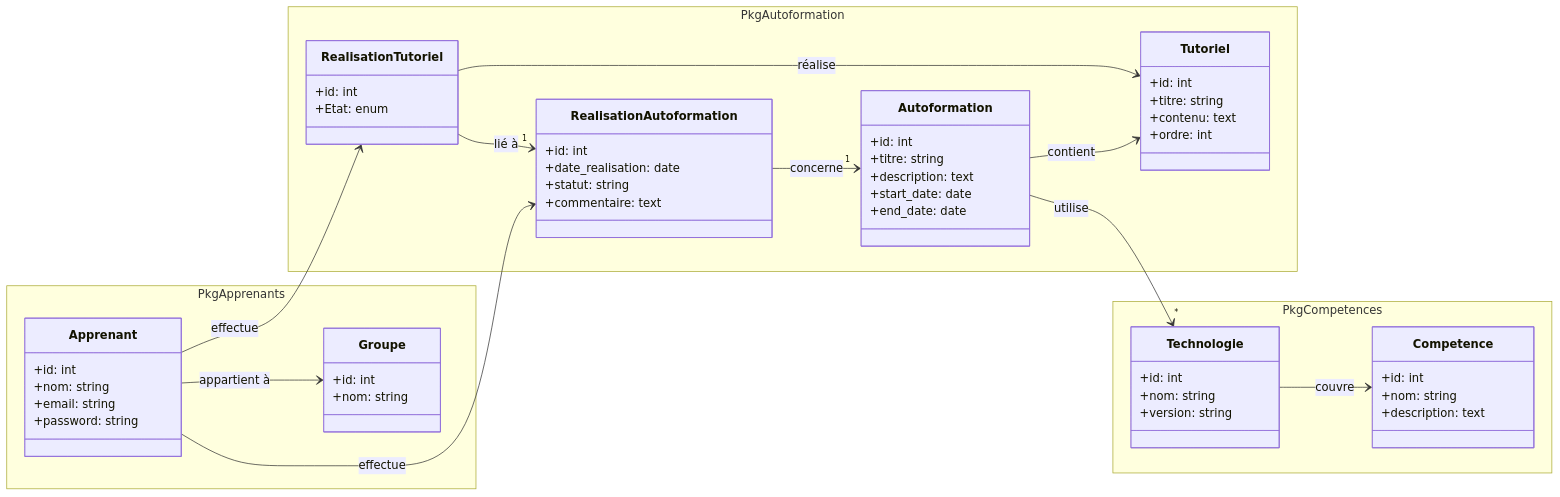
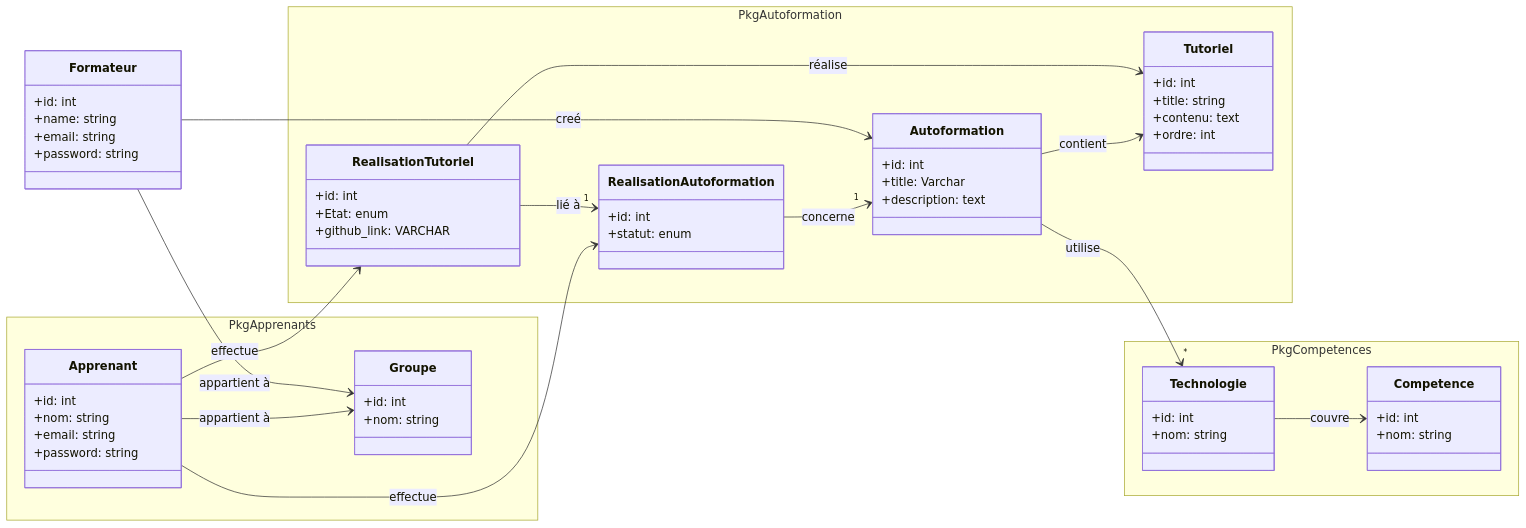
One commit to AyoubBakali07/UI_UX_Design changed the diagram in Conception/diagramAttr.mmd. Above: the diagram before and after it, drawn with Mermaid.

```diff
--- a/Conception/diagramAttr.mmd
+++ b/Conception/diagramAttr.mmd
@@ -1,75 +1,79 @@
 classDiagram
     direction LR
 
     %% === PkgApprenants ===
     namespace PkgApprenants {
         class Apprenant {
             +id: int
             +nom: string
             +email: string
             +password: string
         }
 
         class Groupe {
             +id: int
             +nom: string
         }
     }
 
     %% === PkgAutoformation ===
     namespace PkgAutoformation {
         class Autoformation {
             +id: int
-            +titre: string
+            +title: Varchar
             +description: text
-            +start_date: date
-            +end_date: date
         }
 
         class Tutoriel {
             +id: int
-            +titre: string
+            +title: string
             +contenu: text
             +ordre: int
         }
 
         class RealisationAutoformation {
             +id: int
-            +date_realisation: date
-            +statut: string
-            +commentaire: text
+            +statut: enum
         }
 
         class RealisationTutoriel {
             +id: int
             +Etat: enum
+            +github_link: VARCHAR
         }
     }
 
     %% === PkgCompetences ===
     namespace PkgCompetences {
         class Competence {
             +id: int
             +nom: string
-            +description: text
         }
 
         class Technologie {
             +id: int
             +nom: string
-            +version: string
         }
+    }
+    class Formateur{
+        +id: int
+        +name: string
+        +email: string
+        +password: string
     }
 
     %% === Relationships ===
     Apprenant --> RealisationAutoformation : effectue
     Apprenant --> RealisationTutoriel : effectue
     Apprenant --> Groupe : appartient à
 
     RealisationTutoriel --> "1" RealisationAutoformation : lié à
     RealisationAutoformation --> "1" Autoformation : concerne
 
     Autoformation --> "*" Technologie : utilise
     Autoformation --> Tutoriel : contient
     Technologie --> Competence : couvre
     RealisationTutoriel --> Tutoriel : réalise
+
+    Formateur --> Groupe : appartient à
+    Formateur --> Autoformation : creé
```
